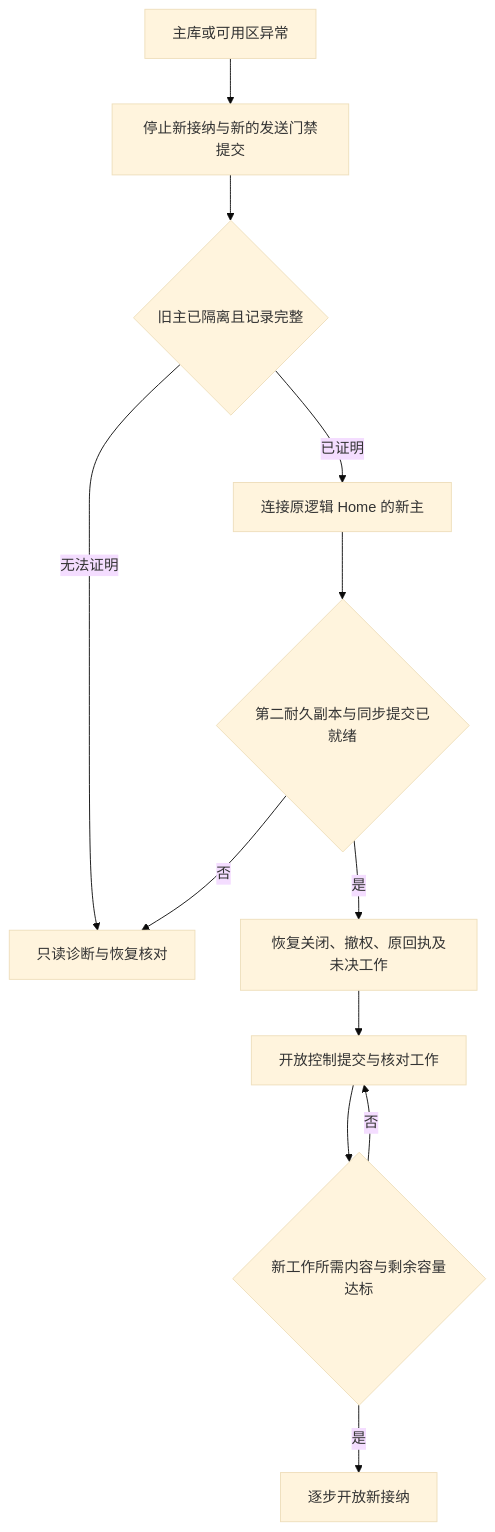
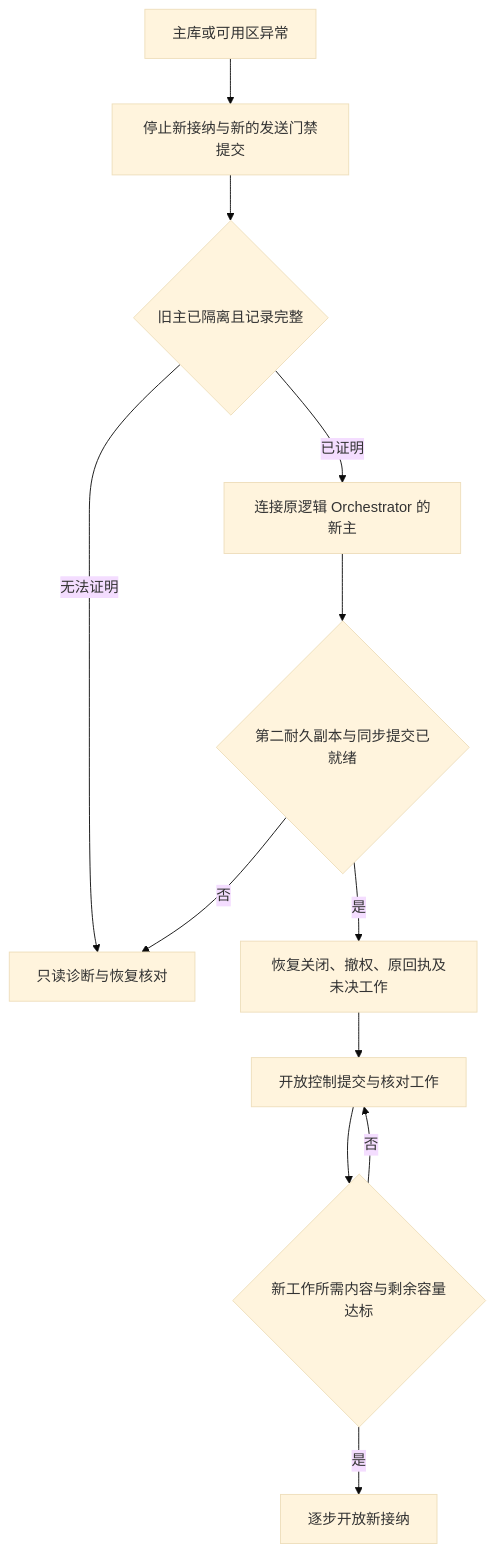
One commit to ruipengliu/lerna changed the fifth of 5 diagrams in docs/architecture/deployment-production.md. Above: the diagram before and after it, drawn with Mermaid (base theme). The commit also changed other lines of this file and 174 other files, not shown here.

````diff
--- a/docs/architecture/deployment-production.md
+++ b/docs/architecture/deployment-production.md
@@ -197,14 +197,14 @@
 ```mermaid
 flowchart TB
     F[主库或可用区异常] --> Q[停止新接纳与新的发送门禁提交]
     Q --> P{旧主已隔离且记录完整}
     P -->|无法证明| R[只读诊断与恢复核对]
-    P -->|已证明| D[连接原逻辑 Home 的新主]
+    P -->|已证明| D[连接原逻辑 Orchestrator 的新主]
     D --> S{第二耐久副本与同步提交已就绪}
     S -->|否| R
     S -->|是| C[恢复关闭、撤权、原回执及未决工作]
     C --> L[开放控制提交与核对工作]
     L --> N{新工作所需内容与剩余容量达标}
     N -->|是| O[逐步开放新接纳]
     N -->|否| L
 ```
````
